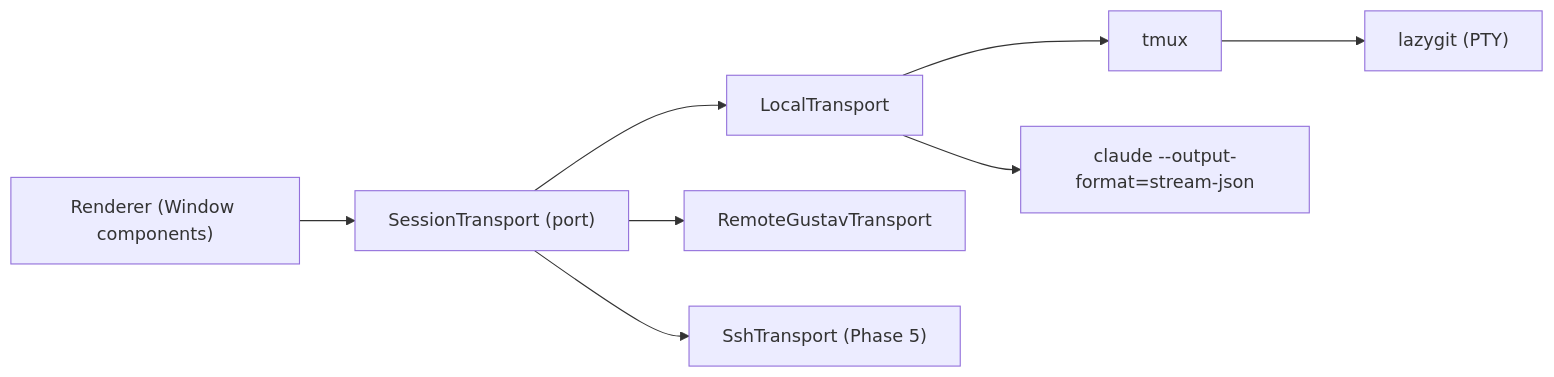
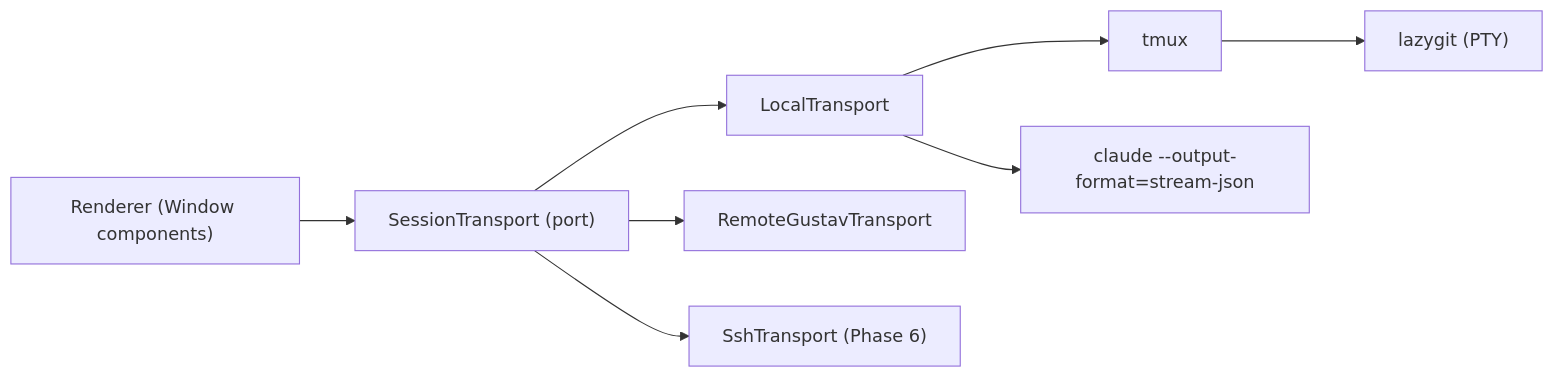
Before and after one commit to krumpyzoid/gustav: the second of 3 diagrams in docs/specs/architecture-evolution.md, drawn with Mermaid. The commit also changed 2 other files, not shown here.

Commit message:
chore: small fixes — path.relative, doc consistency, README caveat
- WorktreeService.create path-traversal guard rewritten with
  path.relative + isAbsolute, expressing containment more clearly
  than the previous string-prefix check whose load-bearing '/'
  suffix was easy to drop in a future edit.
- architecture-evolution.md: mermaid label corrected from
  "SshTransport (Phase 5)" to "(Phase 6)" to match the numbered
  roadmap section heading.
- README: brief caveat in the Sleep & Wake section noting that
  the native-supervisor backend is available behind a strangler
  flag, with a pointer to the architecture doc. The rest of the
  README stays tmux-first since that's still the default.

````diff
--- a/docs/specs/architecture-evolution.md
+++ b/docs/specs/architecture-evolution.md
@@ -262,19 +262,19 @@
 ```mermaid
 flowchart LR
   Renderer["Renderer (Window components)"]
   Port["SessionTransport (port)"]
   Local["LocalTransport"]
   Remote["RemoteGustavTransport"]
-  Ssh["SshTransport (Phase 5)"]
+  Ssh["SshTransport (Phase 6)"]
   Tmux["tmux"]
   Stream["claude --output-format=stream-json"]
   Lazygit["lazygit (PTY)"]
 
   Renderer --> Port
   Port --> Local
   Port --> Remote
   Port --> Ssh
   Local --> Tmux
   Local --> Stream
   Tmux --> Lazygit
 ```
````
